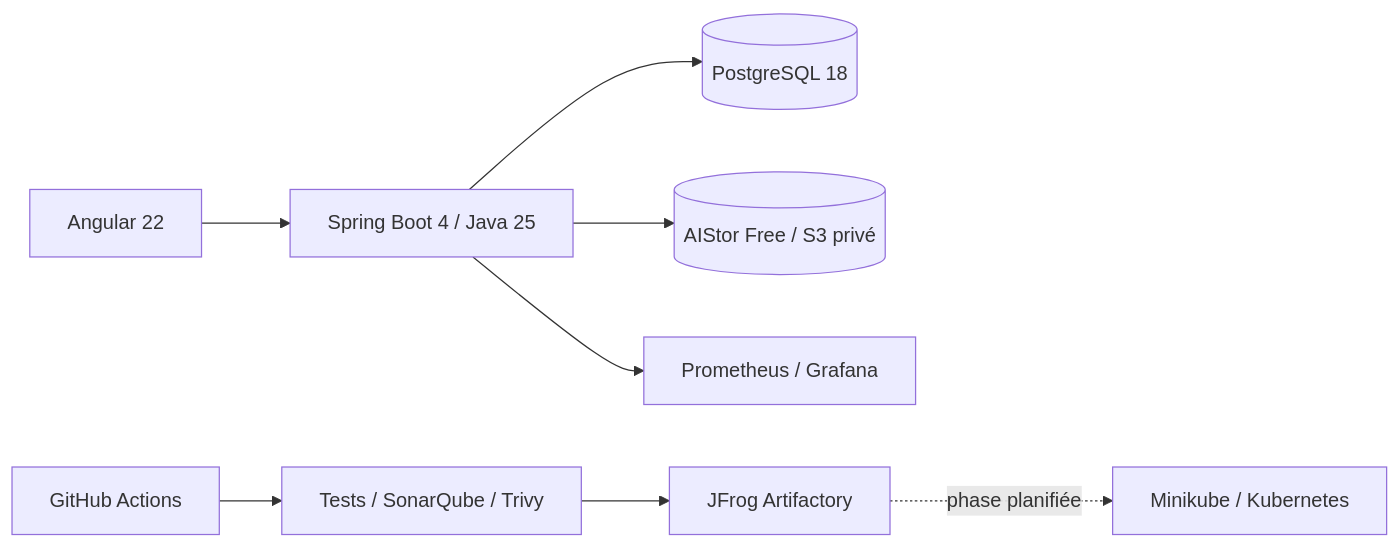
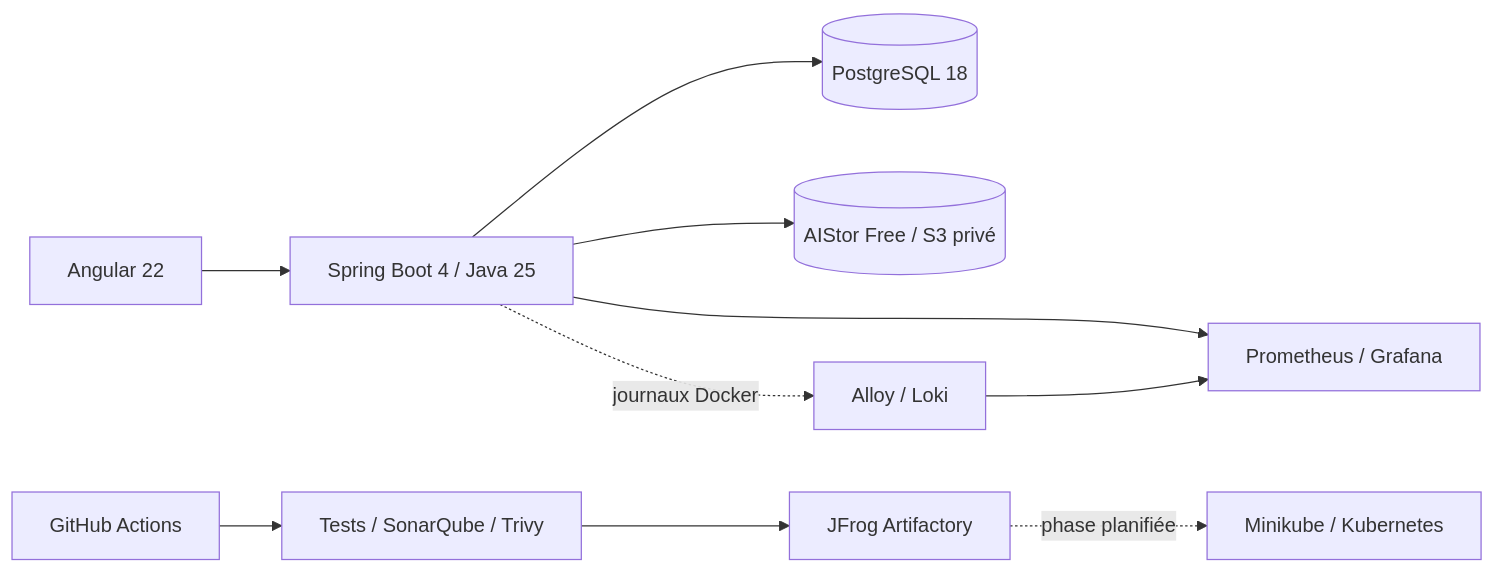
Before and after one commit to mouhamadoulo/molo-devops-lab: the diagram in README.md, drawn with Mermaid. The commit also changed other lines of this file and 5 other files, not shown here.

Commit message:
docs(observability): document the Loki and Alloy log pipeline

````diff
--- a/README.md
+++ b/README.md
@@ -26,10 +27,12 @@
 ```mermaid
 flowchart LR
     UI[Angular 22] --> API[Spring Boot 4 / Java 25]
     API --> DB[(PostgreSQL 18)]
     API --> S3[(AIStor Free / S3 privé)]
     CI[GitHub Actions] --> QA[Tests / SonarQube / Trivy]
     QA --> ART[JFrog Artifactory]
     API --> OBS[Prometheus / Grafana]
+    API -. journaux Docker .-> LOGS[Alloy / Loki]
+    LOGS --> OBS
     ART -. phase planifiée .-> K8S[Minikube / Kubernetes]
 ```
````
